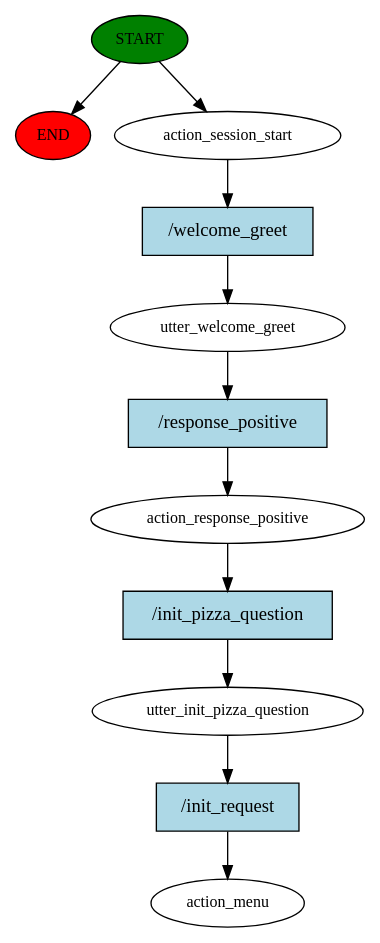
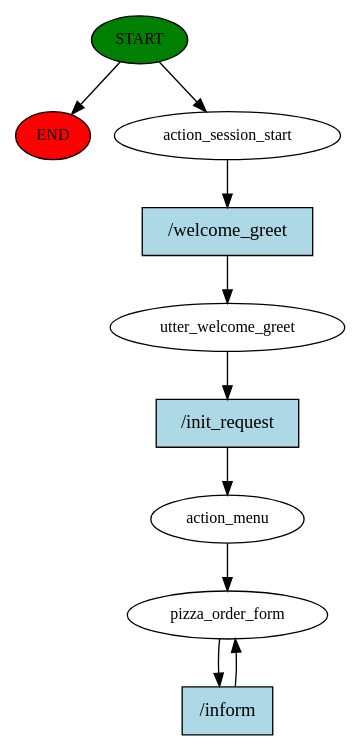
One commit to albertocasagrande99/TarantellaBot changed the diagram in story_graph.dot. Above: the diagram before and after it, drawn with Graphviz. The commit also changed 7 other files, not shown here.

```diff
--- a/story_graph.dot
+++ b/story_graph.dot
@@ -1,23 +1,20 @@
 digraph  {
 0 [class="start active", fillcolor=green, fontsize=12, label=START, style=filled];
 "-1" [class=end, fillcolor=red, fontsize=12, label=END, style=filled];
 1 [class=active, fontsize=12, label=action_session_start];
 2 [class=active, fontsize=12, label=utter_welcome_greet];
-3 [class=active, fontsize=12, label=action_response_positive];
-4 [class=active, fontsize=12, label=utter_init_pizza_question];
-5 [class="dashed active", fontsize=12, label=action_menu];
+3 [class=active, fontsize=12, label=action_menu];
+4 [class="active dashed", fontsize=12, label=pizza_order_form];
 6 [class="intent active", fillcolor=lightblue, label="/welcome_greet", shape=rect, style=filled];
-7 [class="intent active", fillcolor=lightblue, label="/response_positive", shape=rect, style=filled];
-8 [class="intent active", fillcolor=lightblue, label="/init_pizza_question", shape=rect, style=filled];
-9 [class="intent active", fillcolor=lightblue, label="/init_request", shape=rect, style=filled];
+7 [class="intent active", fillcolor=lightblue, label="/init_request", shape=rect, style=filled];
+8 [class="intent active", fillcolor=lightblue, label="/inform", shape=rect, style=filled];
 0 -> "-1"  [class="", key=NONE, label=""];
 0 -> 1  [class=active, key=NONE, label=""];
 1 -> 6  [class=active, key=0];
 2 -> 7  [class=active, key=0];
-3 -> 8  [class=active, key=0];
-4 -> 9  [class=active, key=0];
+3 -> 4  [class=active, key=NONE, label=""];
+4 -> 8  [class=active, key=0];
 6 -> 2  [class=active, key=0];
 7 -> 3  [class=active, key=0];
 8 -> 4  [class=active, key=0];
-9 -> 5  [class=active, key=0];
 }
```
